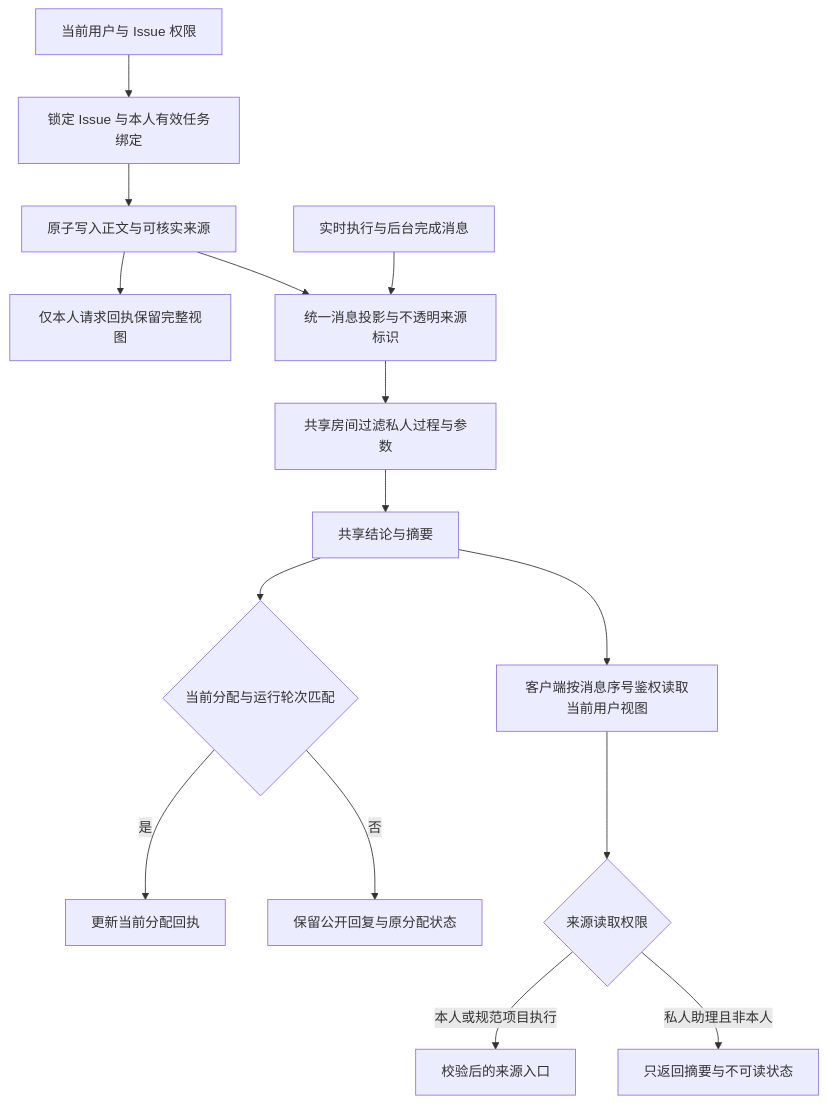
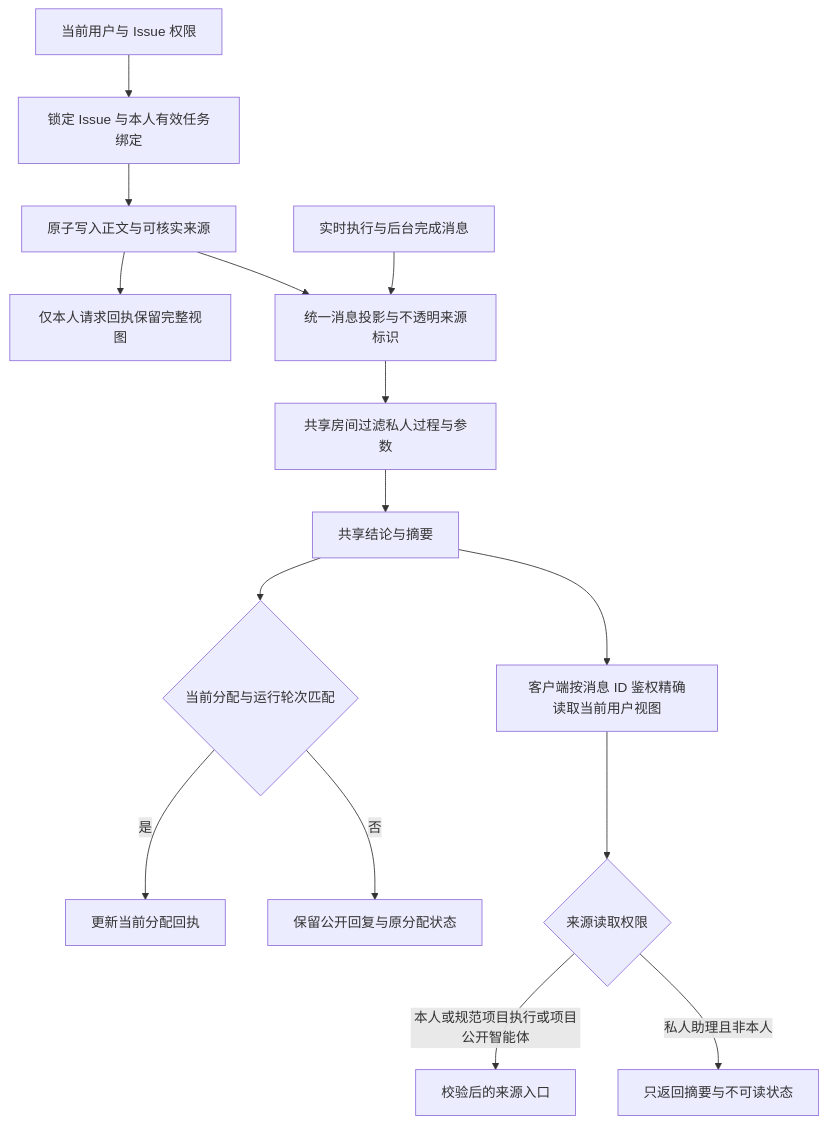
One commit to wecode-ai/Wegent changed the first of 4 diagrams in docs/zh/wegent/developer-guide/collaboration-permissions.md. Above: the diagram before and after it, drawn with Mermaid. The commit also changed other lines of this file and 37 other files, not shown here.

````diff
--- a/docs/zh/wegent/developer-guide/collaboration-permissions.md
+++ b/docs/zh/wegent/developer-guide/collaboration-permissions.md
@@ -9,17 +9,17 @@
 ```mermaid
 flowchart TD
     Source[当前用户与 Issue 权限] --> Lock[锁定 Issue 与本人有效任务绑定]
     Lock --> Commit[原子写入正文与可核实来源]
     Commit --> Owner[仅本人请求回执保留完整视图]
     Commit --> Projection[统一消息投影与不透明来源标识]
     Live[实时执行与后台完成消息] --> Projection
     Projection --> Filter[共享房间过滤私人过程与参数]
     Filter --> Public[共享结论与摘要]
     Public --> Receipt{当前分配与运行轮次匹配}
     Receipt -->|是| Complete[更新当前分配回执]
     Receipt -->|否| History[保留公开回复与原分配状态]
-    Public --> Read[客户端按消息序号鉴权读取当前用户视图]
+    Public --> Read[客户端按消息 ID 鉴权精确读取当前用户视图]
     Read --> Trace{来源读取权限}
-    Trace -->|本人或规范项目执行| Scoped[校验后的来源入口]
+    Trace -->|本人或规范项目执行或项目公开智能体| Scoped[校验后的来源入口]
     Trace -->|私人助理且非本人| Restricted[只返回摘要与不可读状态]
 ```
````
